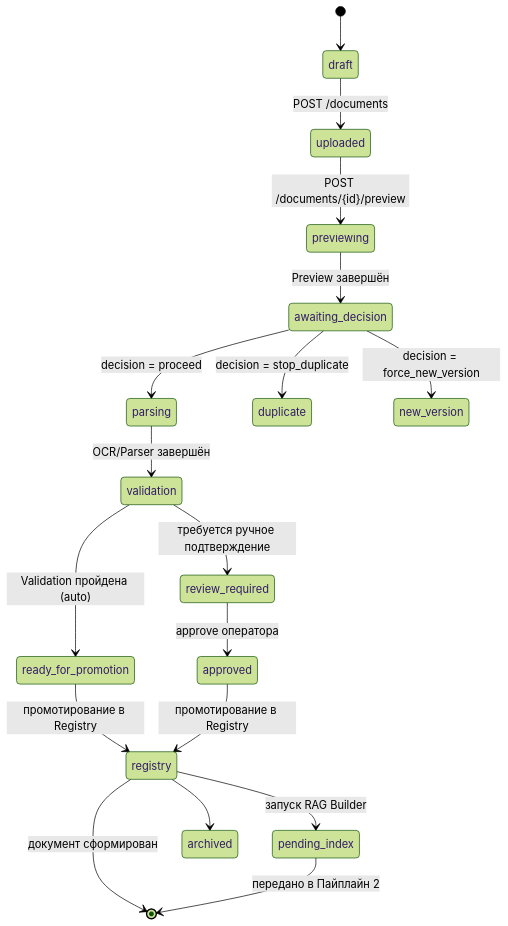
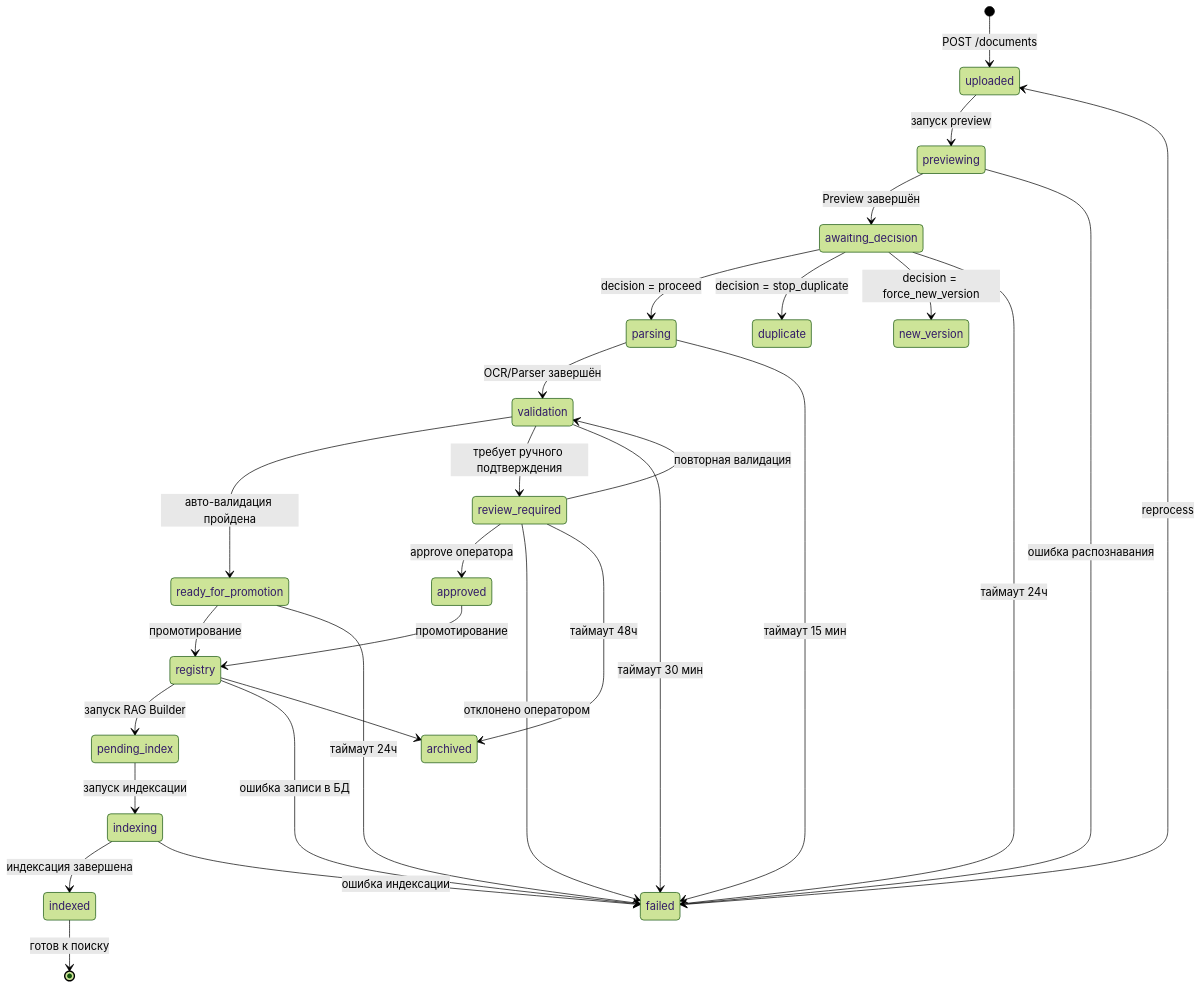
The second of 3 diagrams in docs/pipelines/pipeline1-formation.md (MasterKSAF/PKB), drawn with Mermaid (forest theme) before and after one commit. The commit also changed other lines of this file and 17 other files, not shown here.

Commit message:
Аудит документации: исправление блокирующих проблем API, FSM, схемы данных и кросс-проверка

````diff
--- a/docs/pipelines/pipeline1-formation.md
+++ b/docs/pipelines/pipeline1-formation.md
@@ -230,22 +230,40 @@
 ```mermaid
 stateDiagram-v2
-    [*] --> draft
-    draft --> uploaded : POST /documents
-    uploaded --> previewing : POST /documents/{id}/preview
+    [*] --> uploaded : POST /documents
+    uploaded --> previewing : запуск preview
     previewing --> awaiting_decision : Preview завершён
+    previewing --> failed : ошибка распознавания
+
     awaiting_decision --> parsing : decision = proceed
     awaiting_decision --> duplicate : decision = stop_duplicate
     awaiting_decision --> new_version : decision = force_new_version
+    awaiting_decision --> failed : таймаут 24ч
+
     parsing --> validation : OCR/Parser завершён
-    validation --> ready_for_promotion : Validation пройдена (auto)
-    validation --> review_required : требуется ручное подтверждение
+    parsing --> failed : таймаут 15 мин
+
+    validation --> ready_for_promotion : авто-валидация пройдена
+    validation --> review_required : требует ручного подтверждения
+    validation --> failed : таймаут 30 мин
 
     review_required --> approved : approve оператора
-    ready_for_promotion --> registry : промотирование в Registry
-    approved --> registry : промотирование в Registry
+    review_required --> validation : повторная валидация
+    review_required --> failed : отклонено оператором
+    review_required --> archived : таймаут 48ч
+
+    ready_for_promotion --> registry : промотирование
+    ready_for_promotion --> failed : таймаут 24ч
+
+    approved --> registry : промотирование
+
     registry --> pending_index : запуск RAG Builder
-    
-    registry --> [*] : документ сформирован
+    registry --> failed : ошибка записи в БД
     registry --> archived
-    pending_index --> [*] : передано в Пайплайн 2
+
+    pending_index --> indexing : запуск индексации
+    indexing --> indexed : индексация завершена
+    indexing --> failed : ошибка индексации
+    indexed --> [*] : готов к поиску
+
+    failed --> uploaded : reprocess
 ```
````
